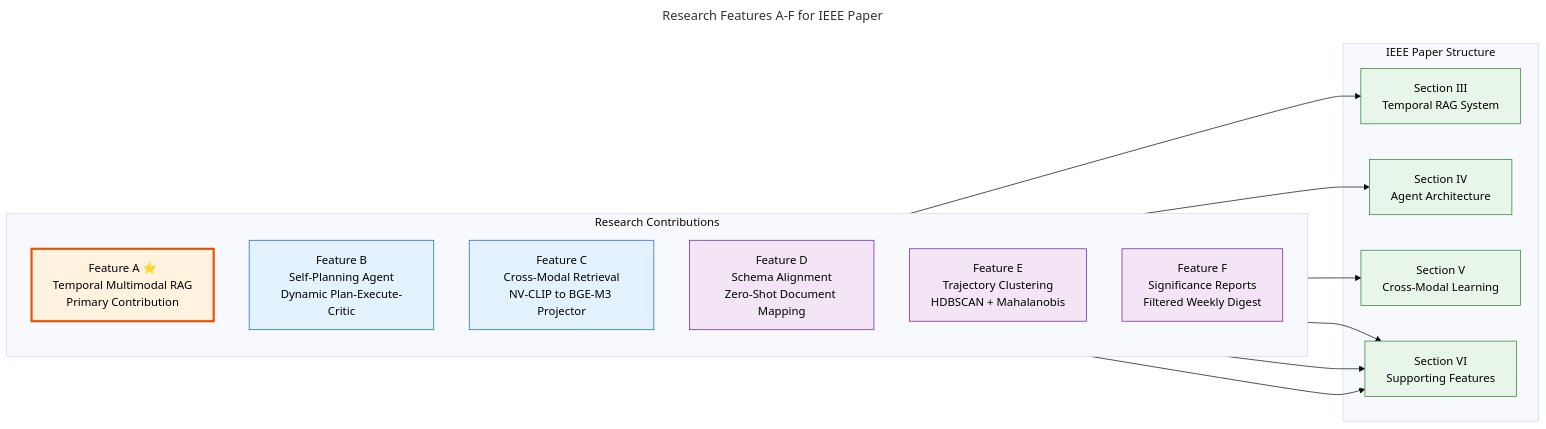
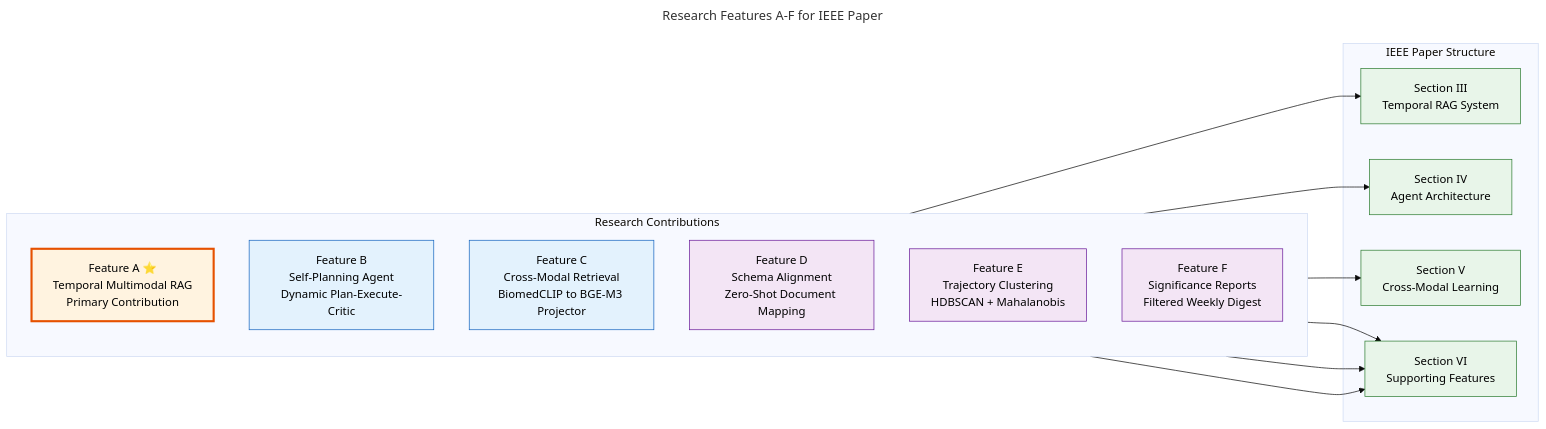
Before and after one commit to RohanBhoge15/SoloPrac: the diagram in docs/images/research-features.mmd, drawn with Mermaid (base theme). The commit also changed 125 other files, not shown here.

```diff
--- a/docs/images/research-features.mmd
+++ b/docs/images/research-features.mmd
@@ -1,37 +1,37 @@
 ---
 title: Research Features A-F for IEEE Paper
 ---
 flowchart LR
     subgraph Features["Research Contributions"]
         direction TB
         FA["Feature A ⭐<br/>Temporal Multimodal RAG<br/>Primary Contribution"]
         FB["Feature B<br/>Self-Planning Agent<br/>Dynamic Plan-Execute-Critic"]
-        FC["Feature C<br/>Cross-Modal Retrieval<br/>NV-CLIP to BGE-M3 Projector"]
+        FC["Feature C<br/>Cross-Modal Retrieval<br/>BiomedCLIP to BGE-M3 Projector"]
         FD["Feature D<br/>Schema Alignment<br/>Zero-Shot Document Mapping"]
         FE["Feature E<br/>Trajectory Clustering<br/>HDBSCAN + Mahalanobis"]
         FF["Feature F<br/>Significance Reports<br/>Filtered Weekly Digest"]
     end
 
     subgraph Paper["IEEE Paper Structure"]
         S3["Section III<br/>Temporal RAG System"]
         S4["Section IV<br/>Agent Architecture"]
         S5["Section V<br/>Cross-Modal Learning"]
         S6["Section VI<br/>Supporting Features"]
     end
 
     FA --> S3
     FB --> S4
     FC --> S5
     FD --> S6
     FE --> S6
     FF --> S6
 
     classDef primary fill:#fff3e0,stroke:#e65100,color:#000,stroke-width:3
     classDef co fill:#e3f2fd,stroke:#1565c0,color:#000
     classDef support fill:#f3e5f5,stroke:#6a1b9a,color:#000
     classDef paper fill:#e8f5e9,stroke:#2e7d32,color:#000
 
     class FA primary
     class FB,FC co
     class FD,FE,FF support
     class S3,S4,S5,S6 paper
```
